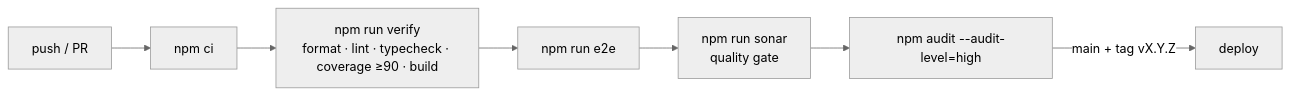
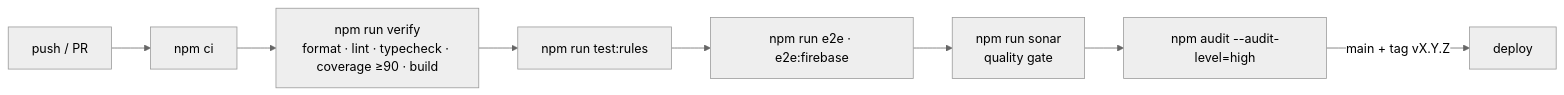
One commit to RaviAkhouri30/taalyatra changed the second of 2 diagrams in docs/architecture/deployment.md. Above: the diagram before and after it, drawn with Mermaid (neutral theme). The commit also changed other lines of this file and 77 other files, not shown here.

````diff
--- a/docs/architecture/deployment.md
+++ b/docs/architecture/deployment.md
@@ -14,9 +50,10 @@
 ```mermaid
 flowchart LR
   P[push / PR] --> I[npm ci]
   I --> V[npm run verify<br/>format · lint · typecheck · coverage ≥90 · build]
-  V --> E[npm run e2e]
+  V --> R[npm run test:rules]
+  R --> E[npm run e2e · e2e:firebase]
   E --> S[npm run sonar<br/>quality gate]
   S --> A[npm audit --audit-level=high]
   A -->|main + tag vX.Y.Z| D[deploy]
 ```
````
